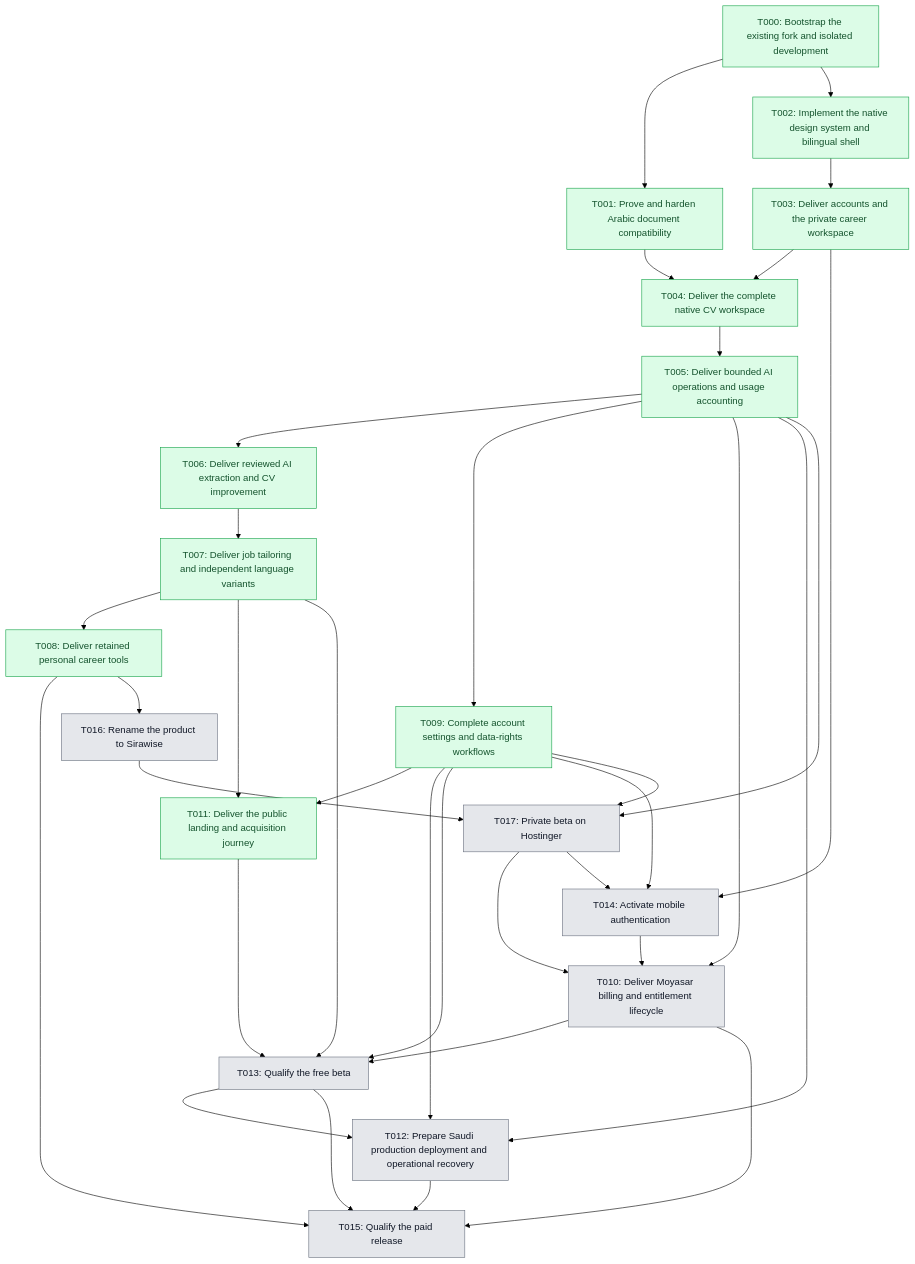
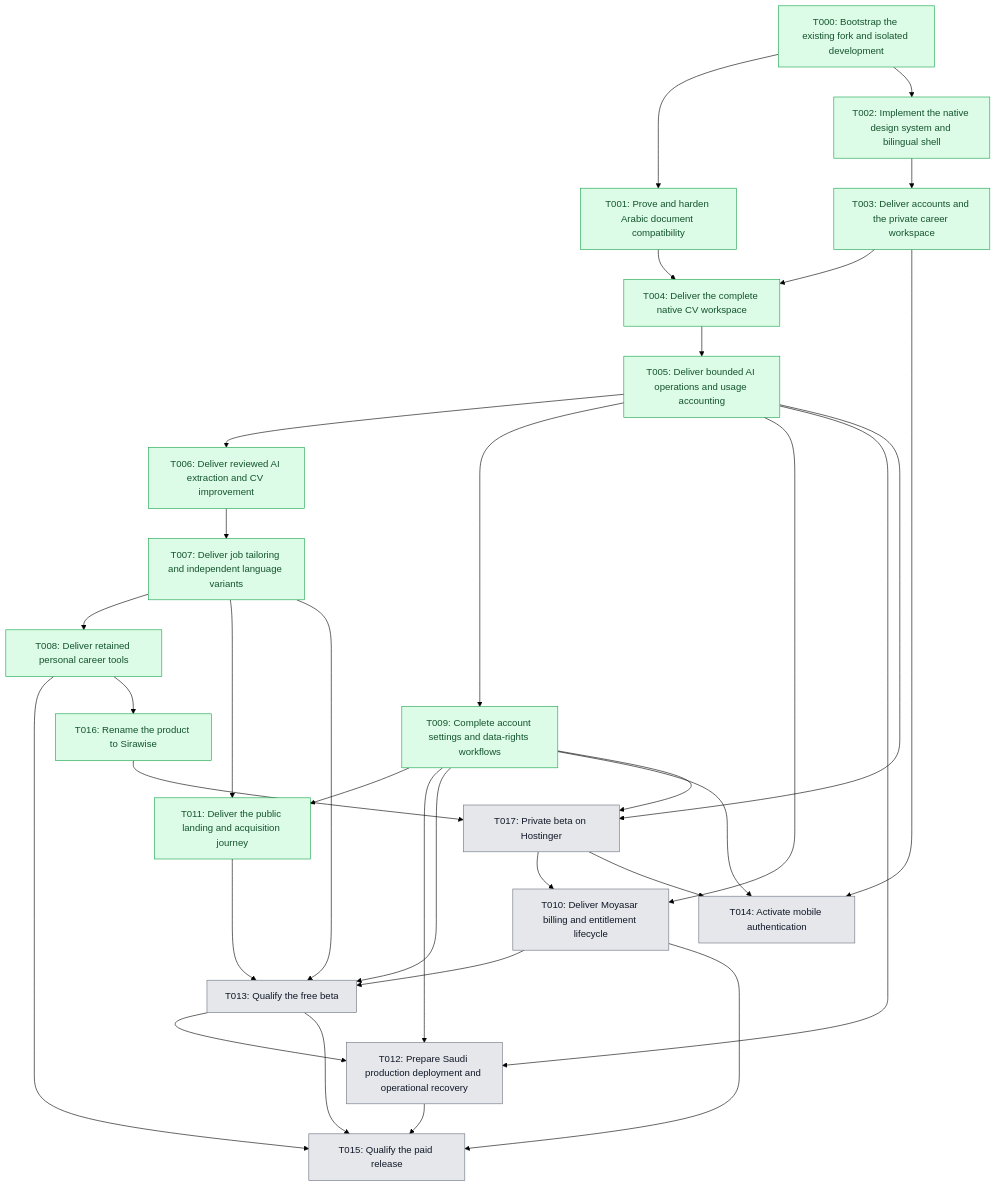
One commit to 0-sayed/master-cv changed the diagram in Planning/roadmap/dependencies.mmd. Above: the diagram before and after it, drawn with Mermaid (forest theme). The commit also changed 9 other files, not shown here.

First line of the commit message:
docs(roadmap): complete T016 and move phone OTP after the MVP

```diff
--- a/Planning/roadmap/dependencies.mmd
+++ b/Planning/roadmap/dependencies.mmd
@@ -1,63 +1,62 @@
 flowchart TD
     T000["T000: Bootstrap the existing fork and isolated development"]
     T001["T001: Prove and harden Arabic document compatibility"]
     T002["T002: Implement the native design system and bilingual shell"]
     T003["T003: Deliver accounts and the private career workspace"]
     T004["T004: Deliver the complete native CV workspace"]
     T005["T005: Deliver bounded AI operations and usage accounting"]
     T006["T006: Deliver reviewed AI extraction and CV improvement"]
     T007["T007: Deliver job tailoring and independent language variants"]
     T008["T008: Deliver retained personal career tools"]
     T009["T009: Complete account settings and data-rights workflows"]
     T010["T010: Deliver Moyasar billing and entitlement lifecycle"]
     T011["T011: Deliver the public landing and acquisition journey"]
     T017["T017: Private beta on Hostinger"]
     T016["T016: Rename the product to Sirawise"]
     T012["T012: Prepare Saudi production deployment and operational recovery"]
     T013["T013: Qualify the free beta"]
     T014["T014: Activate mobile authentication"]
     T015["T015: Qualify the paid release"]
 
     T000 --> T001
     T000 --> T002
     T002 --> T003
     T001 --> T004
     T003 --> T004
     T004 --> T005
     T005 --> T006
     T006 --> T007
     T007 --> T008
     %% D39 (Sayed, 2026-11-16): T008 builds before T012/T013; no deployment work.
     %% Release order only: S32-S34 stay post-beta; T013 decides their beta availability.
     T005 --> T009
     T007 --> T011
     T009 --> T011
 
-    %% D43: T008 -> T016 -> T017 -> T014 -> T010 -> T013 -> T012 -> T015.
+    %% D43 (amended 2026-11-19): T008 -> T016 -> T017 -> T010 -> T013 -> T012 -> T015; T014 post-MVP.
     %% T012 follows client pilot approval; production charging waits for T012/T015.
     T005 --> T010
-    T014 --> T010
     T017 --> T010
     T005 --> T012
     T009 --> T012
     T013 --> T012
     T007 --> T013
     T009 --> T013
     T010 --> T013
     T011 --> T013
     T003 --> T014
     T009 --> T014
     T017 --> T014
     T008 --> T015
     T010 --> T015
     T012 --> T015
     T013 --> T015
     T008 --> T016
     T005 --> T017
     T009 --> T017
     T016 --> T017
 
     classDef pending fill:#e5e7eb,stroke:#6b7280,color:#111827;
     classDef done fill:#dcfce7,stroke:#16a34a,color:#14532d;
-    class T000,T001,T002,T003,T004,T005,T006,T007,T008,T009,T011 done;
-    class T010,T012,T013,T014,T015,T016,T017 pending;
+    class T000,T001,T002,T003,T004,T005,T006,T007,T008,T009,T011,T016 done;
+    class T010,T012,T013,T014,T015,T017 pending;
```
